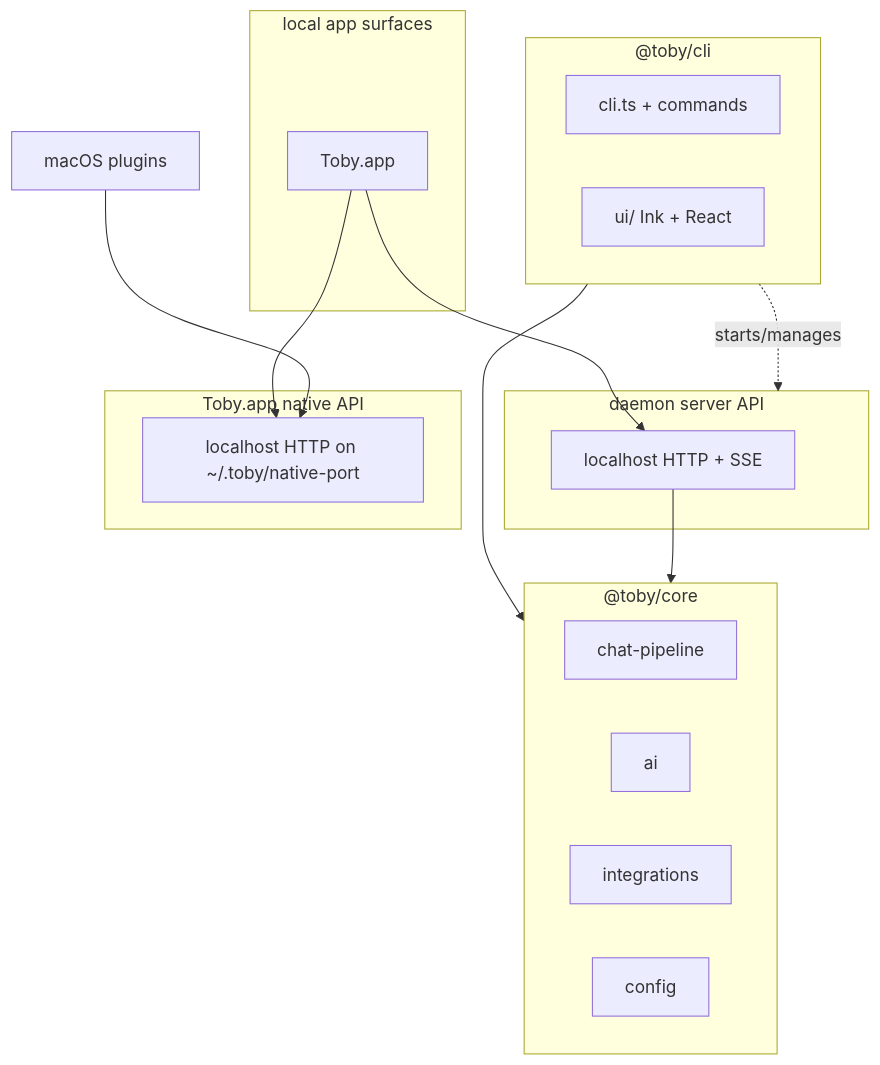
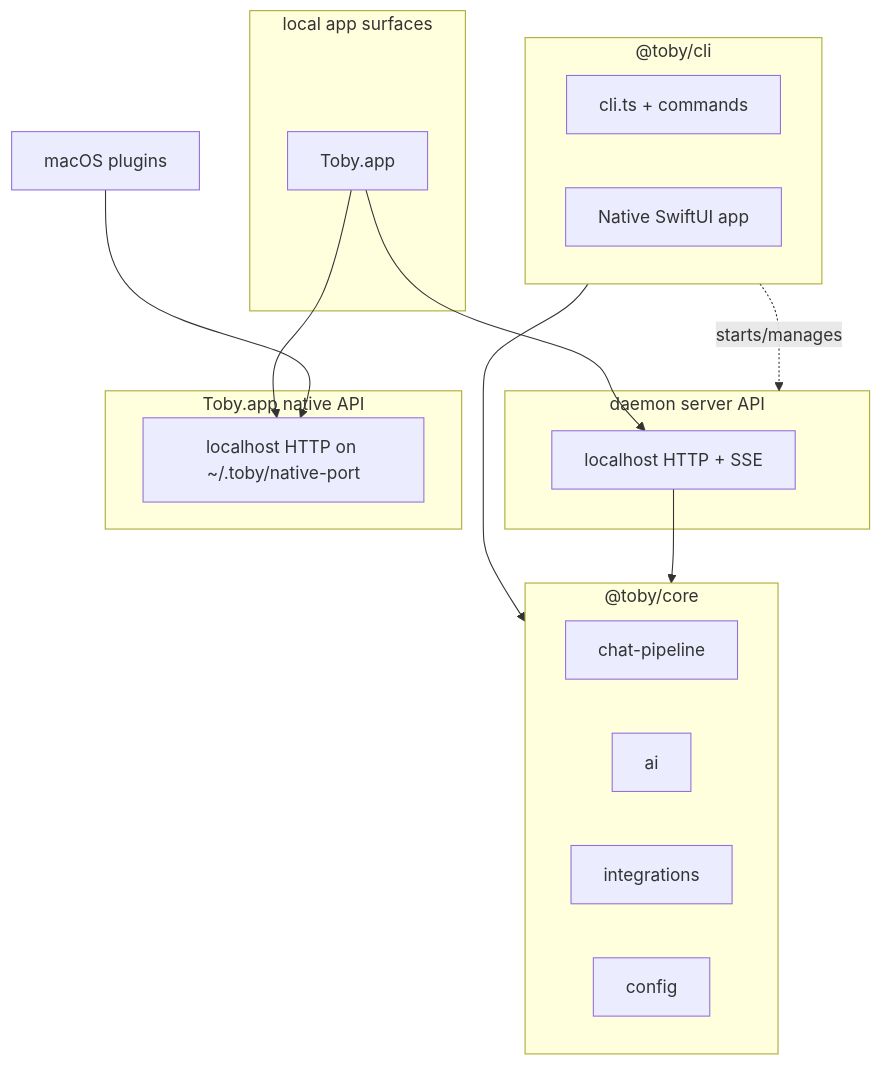
The first of 2 diagrams in docs/architecture.md (kshehadeh/toby), drawn with Mermaid before and after one commit. The commit also changed other lines of this file and 176 other files, not shown here.

````diff
--- a/docs/architecture.md
+++ b/docs/architecture.md
@@ -19,29 +19,29 @@
 ```mermaid
 flowchart TB
   subgraph core ["@toby/core"]
     pipe[chat-pipeline]
     ai[ai]
     integ[integrations]
     cfg[config]
   end
   subgraph cli ["@toby/cli"]
     entry[cli.ts + commands]
-    ui[ui/ Ink + React]
+    ui[Native SwiftUI app]
   end
   subgraph daemon ["daemon server API"]
     api[localhost HTTP + SSE]
   end
   subgraph native ["Toby.app native API"]
     nativeApi["localhost HTTP on ~/.toby/native-port"]
   end
   subgraph surfaces ["local app surfaces"]
     app["Toby.app"]
   end
   plugins["macOS plugins"]
   cli --> core
   cli -. starts/manages .-> daemon
   app --> api
   app --> nativeApi
   plugins --> nativeApi
   api --> core
 ```
````
